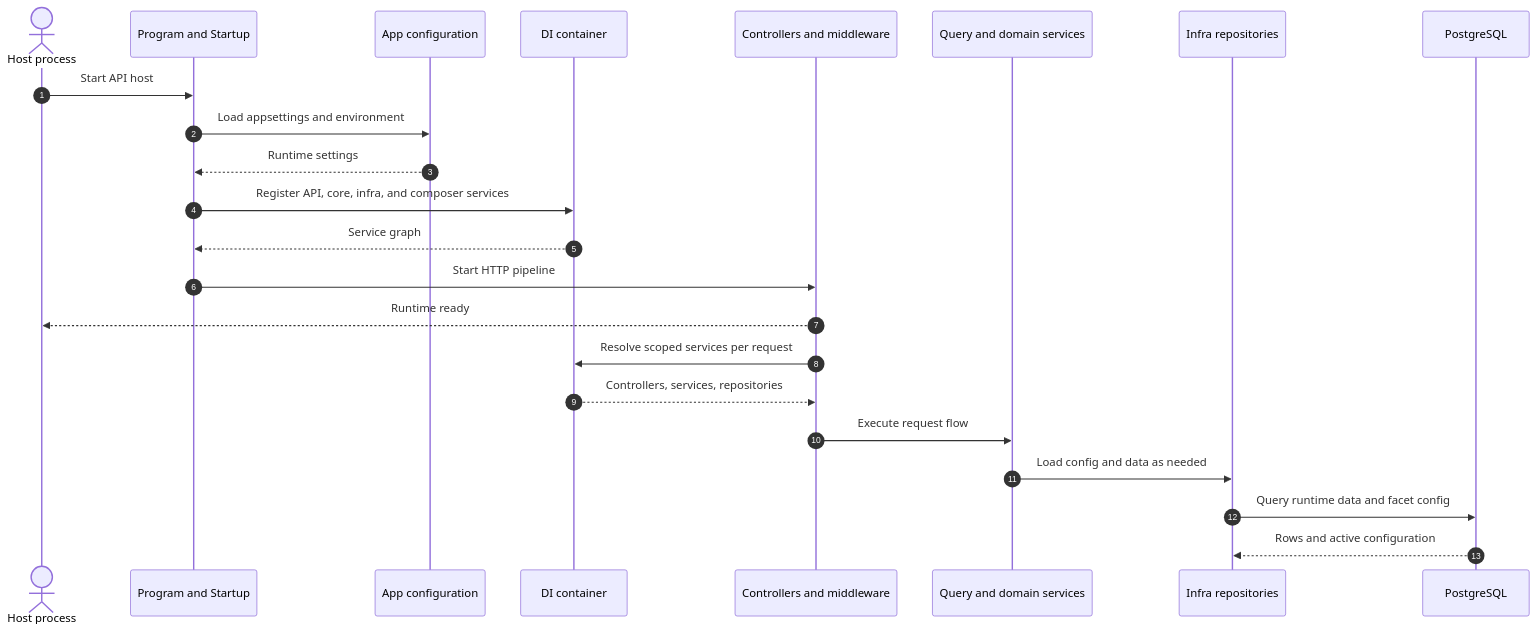
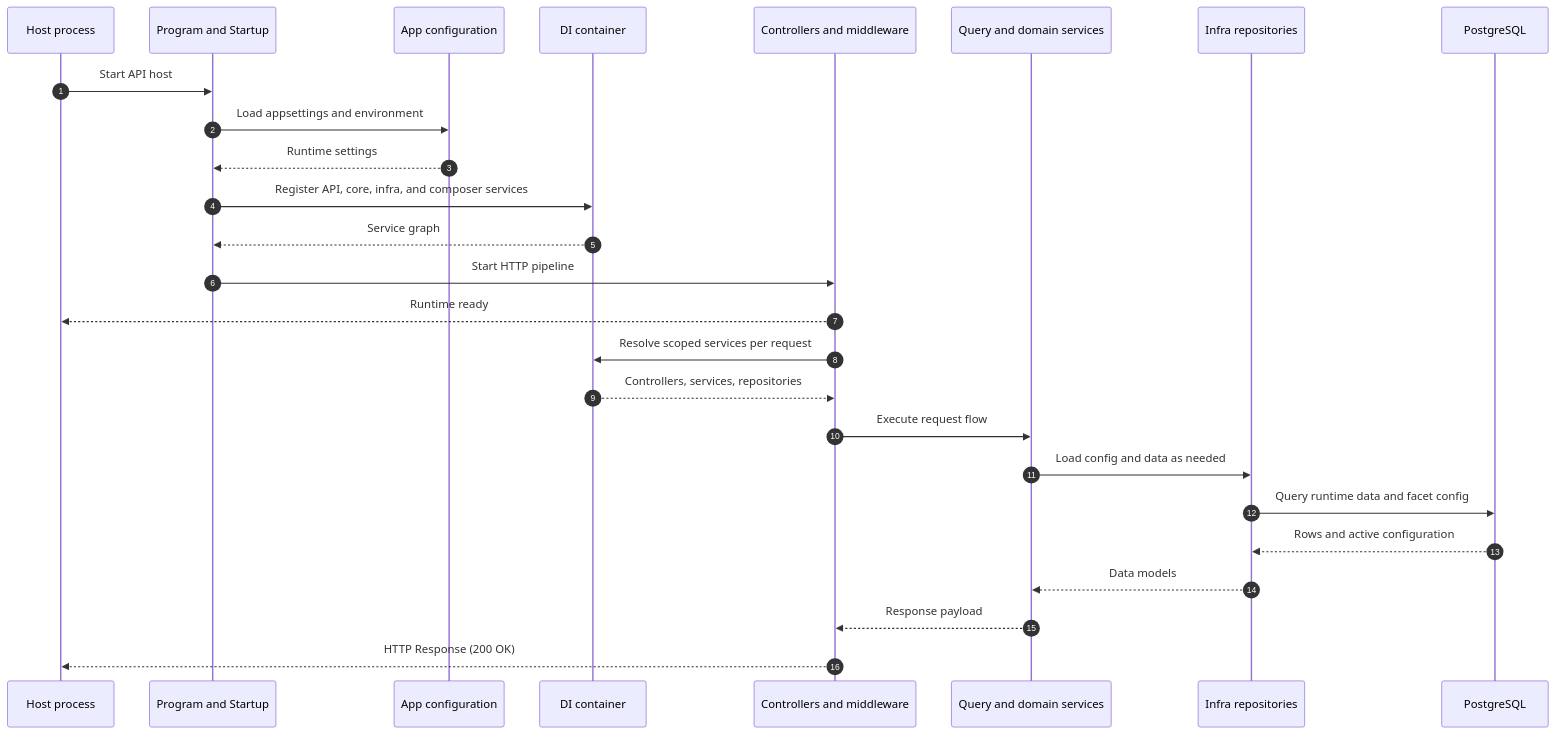
The third of 13 diagrams in docs/DIAGRAMS.md (humlab-sead/sead_query_api), drawn with Mermaid before and after one commit. The commit also changed other lines of this file and 4 other files, not shown here.

````diff
--- a/docs/DIAGRAMS.md
+++ b/docs/DIAGRAMS.md
@@ -98,26 +98,31 @@
 ```mermaid
 sequenceDiagram
     autonumber
-    actor Ops as Host process
+    participant Ops as Host process
     participant Host as Program and Startup
     participant CFG as App configuration
     participant DI as DI container
     participant API as Controllers and middleware
     participant SVC as Query and domain services
     participant INF as Infra repositories
     participant DB as PostgreSQL
 
     Ops->>Host: Start API host
     Host->>CFG: Load appsettings and environment
     CFG-->>Host: Runtime settings
     Host->>DI: Register API, core, infra, and composer services
     DI-->>Host: Service graph
     Host->>API: Start HTTP pipeline
     API-->>Ops: Runtime ready
+    
     API->>DI: Resolve scoped services per request
     DI-->>API: Controllers, services, repositories
     API->>SVC: Execute request flow
     SVC->>INF: Load config and data as needed
     INF->>DB: Query runtime data and facet config
     DB-->>INF: Rows and active configuration
+    
+    INF-->>SVC: Data models
+    SVC-->>API: Response payload
+    API-->>Ops: HTTP Response (200 OK)
 ```
````
